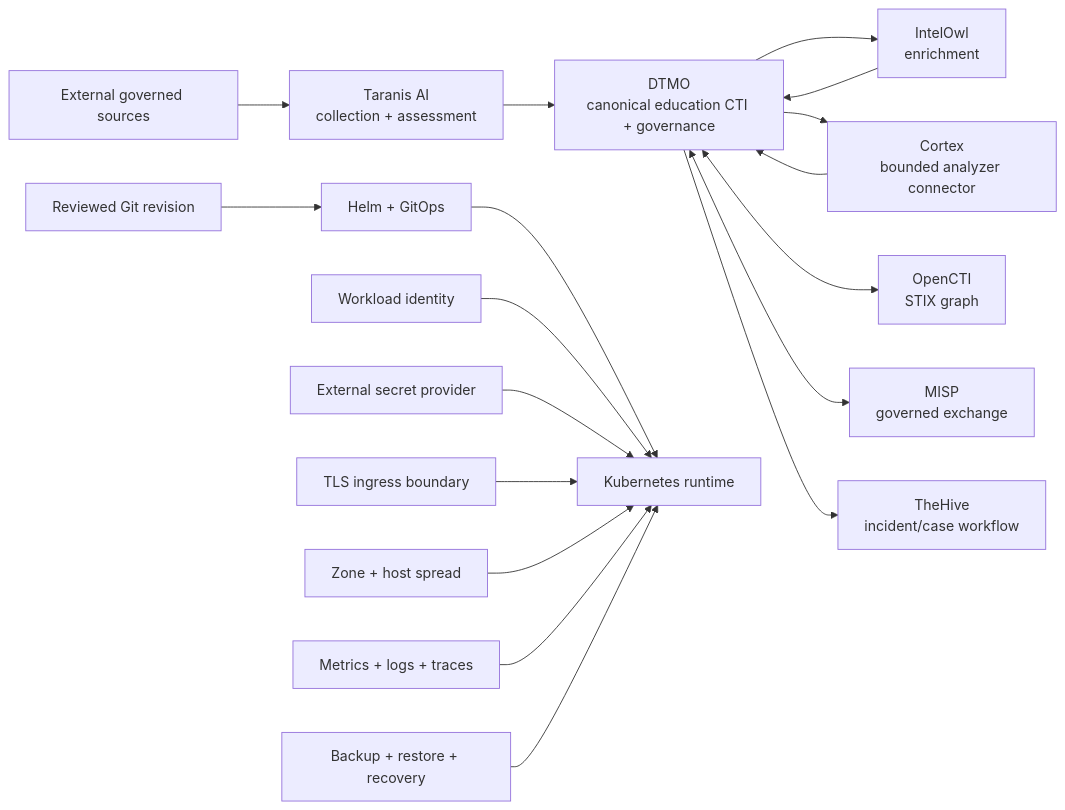
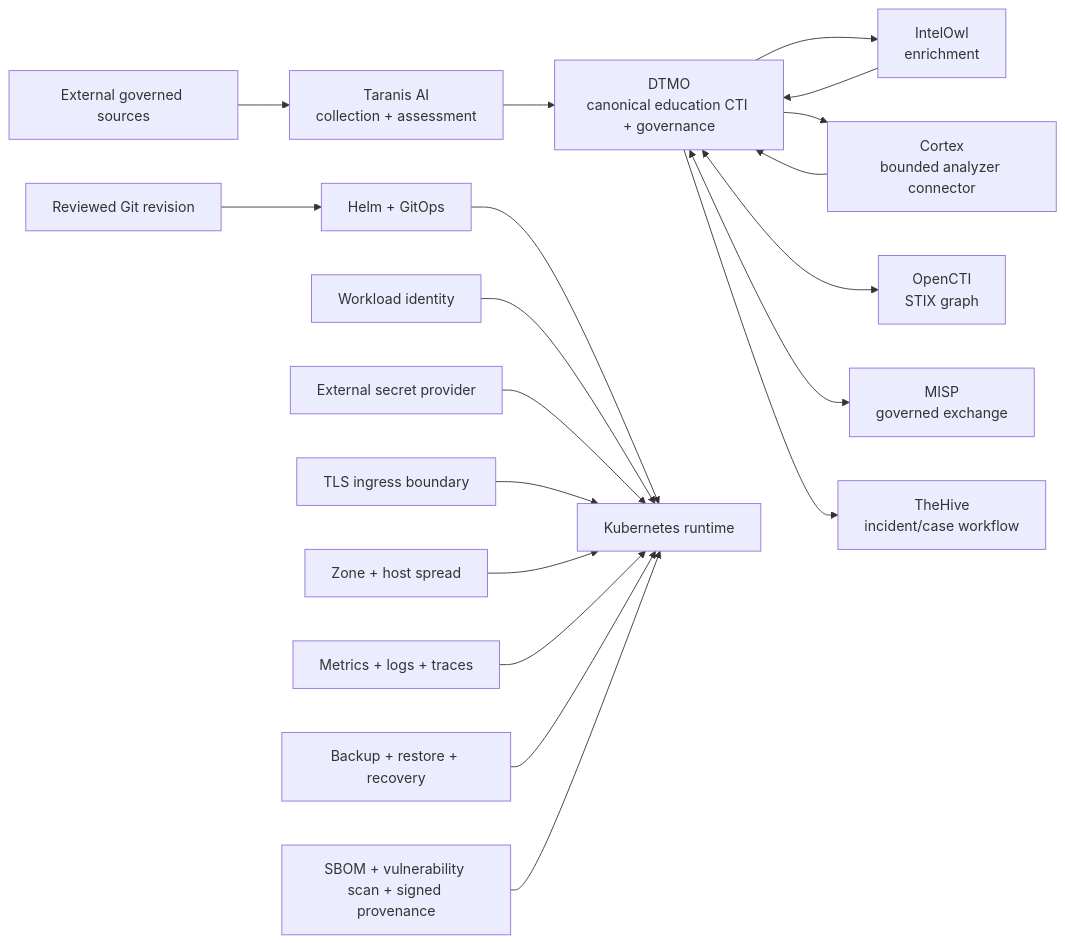
The first of 2 diagrams in docs/roadmap/PLATFORM_INDUSTRIALISATION_ROADMAP.md (GJvManen/dtmo), drawn with Mermaid before and after one commit. The commit also changed other lines of this file, not shown here.

Commit message:
Advance roadmap to Phase 11.8g supply-chain hardening

````diff
--- a/docs/roadmap/PLATFORM_INDUSTRIALISATION_ROADMAP.md
+++ b/docs/roadmap/PLATFORM_INDUSTRIALISATION_ROADMAP.md
@@ -14,20 +14,21 @@
 ```mermaid
 flowchart LR
     EXT[External governed sources] --> TAR[Taranis AI\ncollection + assessment]
     TAR --> DTMO[DTMO\ncanonical education CTI + governance]
     DTMO --> OWL[IntelOwl\nenrichment]
     OWL --> DTMO
     DTMO --> CTX[Cortex\nbounded analyzer connector]
     CTX --> DTMO
     DTMO <--> OCTI[OpenCTI\nSTIX graph]
     DTMO <--> MISP[MISP\ngoverned exchange]
     DTMO --> HIVE[TheHive\nincident/case workflow]
     GIT[Reviewed Git revision] --> HELM[Helm + GitOps]
     HELM --> K8S[Kubernetes runtime]
     IAM[Workload identity] --> K8S
     SEC[External secret provider] --> K8S
     TLS[TLS ingress boundary] --> K8S
     HA[Zone + host spread] --> K8S
     OBS[Metrics + logs + traces] --> K8S
     REC[Backup + restore + recovery] --> K8S
+    SC[SBOM + vulnerability scan + signed provenance] --> K8S
 ```
````
